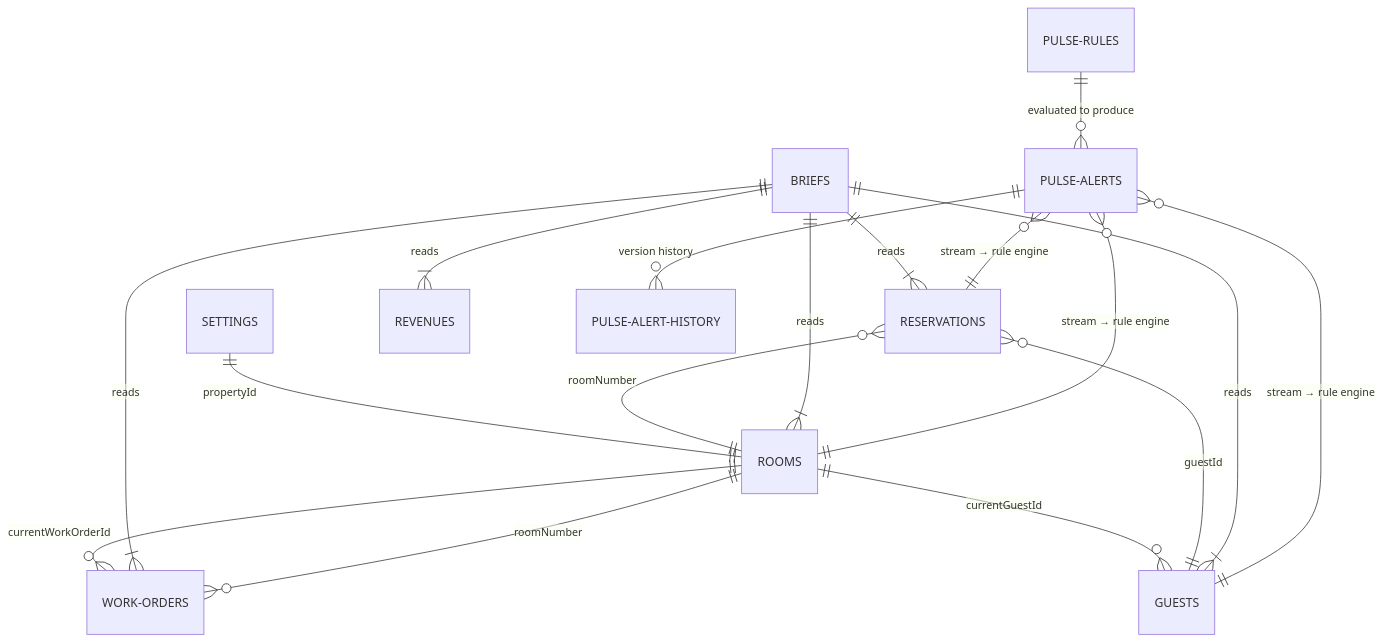
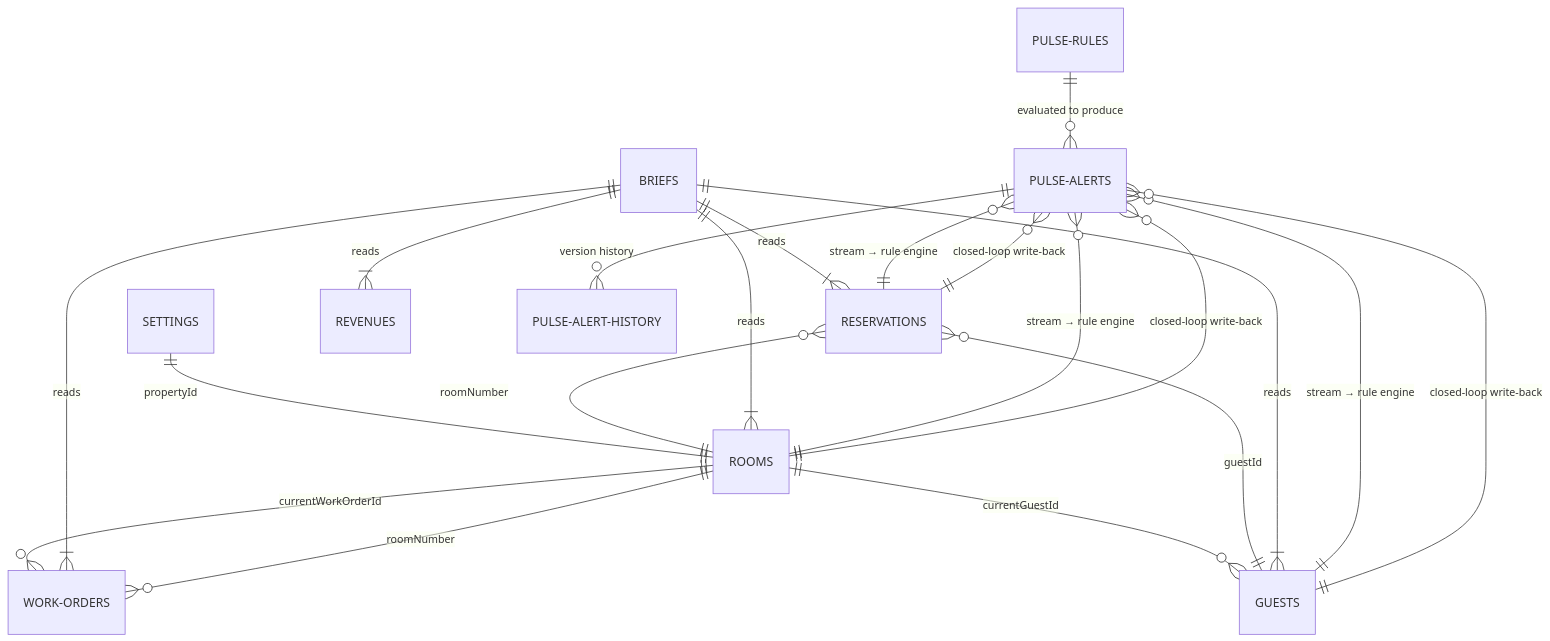
One commit to hejani/StayOS changed the diagram in docs/data-model.md. Above: the diagram before and after it, drawn with Mermaid. The commit also changed other lines of this file and 6 other files, not shown here.

````diff
--- a/docs/data-model.md
+++ b/docs/data-model.md
@@ -63,19 +63,22 @@
 ```mermaid
 erDiagram
     SETTINGS ||--|| ROOMS : "propertyId"
     ROOMS ||--o{ GUESTS : "currentGuestId"
     ROOMS ||--o{ WORK-ORDERS : "currentWorkOrderId"
     RESERVATIONS }o--|| GUESTS : "guestId"
     RESERVATIONS }o--|| ROOMS : "roomNumber"
     WORK-ORDERS }o--|| ROOMS : "roomNumber"
     BRIEFS ||--|{ REVENUES : "reads"
     BRIEFS ||--|{ RESERVATIONS : "reads"
     BRIEFS ||--|{ GUESTS : "reads"
     BRIEFS ||--|{ ROOMS : "reads"
     BRIEFS ||--|{ WORK-ORDERS : "reads"
     PULSE-ALERTS }o--|| RESERVATIONS : "stream → rule engine"
     PULSE-ALERTS }o--|| ROOMS : "stream → rule engine"
     PULSE-ALERTS }o--|| GUESTS : "stream → rule engine"
     PULSE-RULES ||--o{ PULSE-ALERTS : "evaluated to produce"
     PULSE-ALERTS ||--o{ PULSE-ALERT-HISTORY : "version history"
+    PULSE-ALERTS }o--|| RESERVATIONS : "closed-loop write-back"
+    PULSE-ALERTS }o--|| ROOMS : "closed-loop write-back"
+    PULSE-ALERTS }o--|| GUESTS : "closed-loop write-back"
 ```
````
